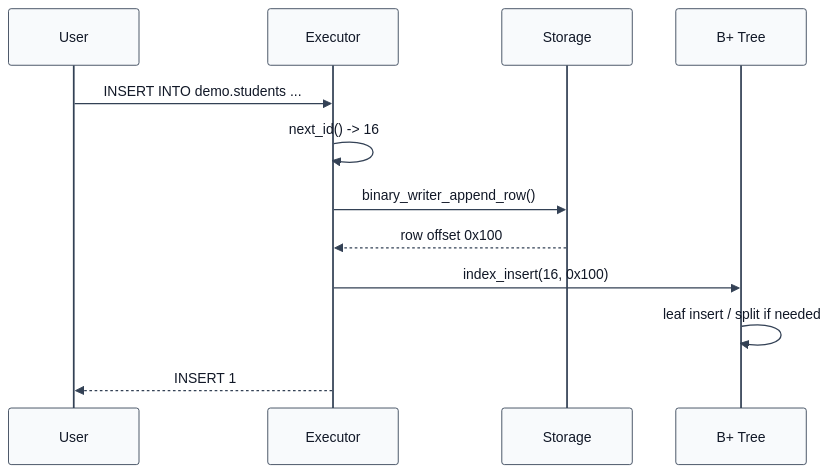
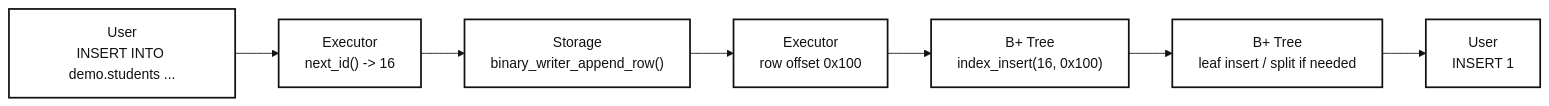
One commit to Jungle-12-303/week7-team1-sql-2 changed diagram 17 of 20 in README.md. Above: the diagram before and after it, drawn with Mermaid. The commit also changed other lines of this file, not shown here.

Commit message:
Reorder README demo section

````diff
--- a/README.md
+++ b/README.md
@@ -801,40 +759,26 @@
 ```mermaid
 %%{init: {
   "theme": "base",
   "themeVariables": {
     "background": "#ffffff",
-    "primaryColor": "#f8fafc",
-    "primaryTextColor": "#111827",
-    "primaryBorderColor": "#334155",
-    "lineColor": "#475569",
-    "secondaryColor": "#f1f5f9",
-    "secondaryTextColor": "#111827",
-    "tertiaryColor": "#e2e8f0",
-    "tertiaryTextColor": "#111827",
-    "actorBkg": "#f8fafc",
-    "actorBorder": "#334155",
-    "actorTextColor": "#111827",
-    "signalColor": "#334155",
-    "signalTextColor": "#111827",
-    "labelBoxBkgColor": "#ffffff",
-    "labelBoxBorderColor": "#334155",
-    "labelTextColor": "#111827",
-    "noteBkgColor": "#eff6ff",
-    "noteBorderColor": "#334155",
-    "noteTextColor": "#111827"
+    "primaryColor": "#ffffff",
+    "primaryTextColor": "#111111",
+    "primaryBorderColor": "#111111",
+    "lineColor": "#111111",
+    "secondaryColor": "#f3f4f6",
+    "secondaryTextColor": "#111111",
+    "tertiaryColor": "#e5e7eb",
+    "tertiaryTextColor": "#111111"
   }
 }}%%
-sequenceDiagram
-    participant U as User
-    participant E as Executor
-    participant S as Storage
-    participant B as B+ Tree
+flowchart LR
+    A["User<br/>INSERT INTO demo.students ..."] --> B["Executor<br/>next_id() -> 16"]
+    B --> C["Storage<br/>binary_writer_append_row()"]
+    C --> D["Executor<br/>row offset 0x100"]
+    D --> E["B+ Tree<br/>index_insert(16, 0x100)"]
+    E --> F["B+ Tree<br/>leaf insert / split if needed"]
+    F --> G["User<br/>INSERT 1"]
 
-    U->>E: INSERT INTO demo.students ...
-    E->>E: next_id() -> 16
-    E->>S: binary_writer_append_row()
-    S-->>E: row offset 0x100
-    E->>B: index_insert(16, 0x100)
-    B->>B: leaf insert / split if needed
-    E-->>U: INSERT 1
+    classDef box fill:#ffffff,stroke:#111111,stroke-width:2px,color:#111111;
+    class A,B,C,D,E,F,G box;
 ```
````
